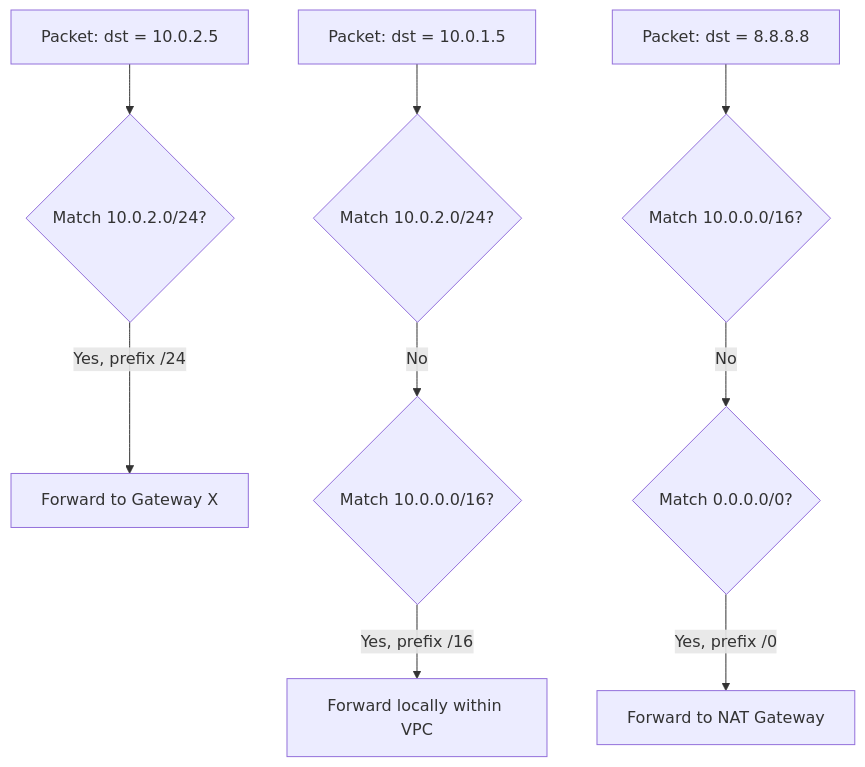
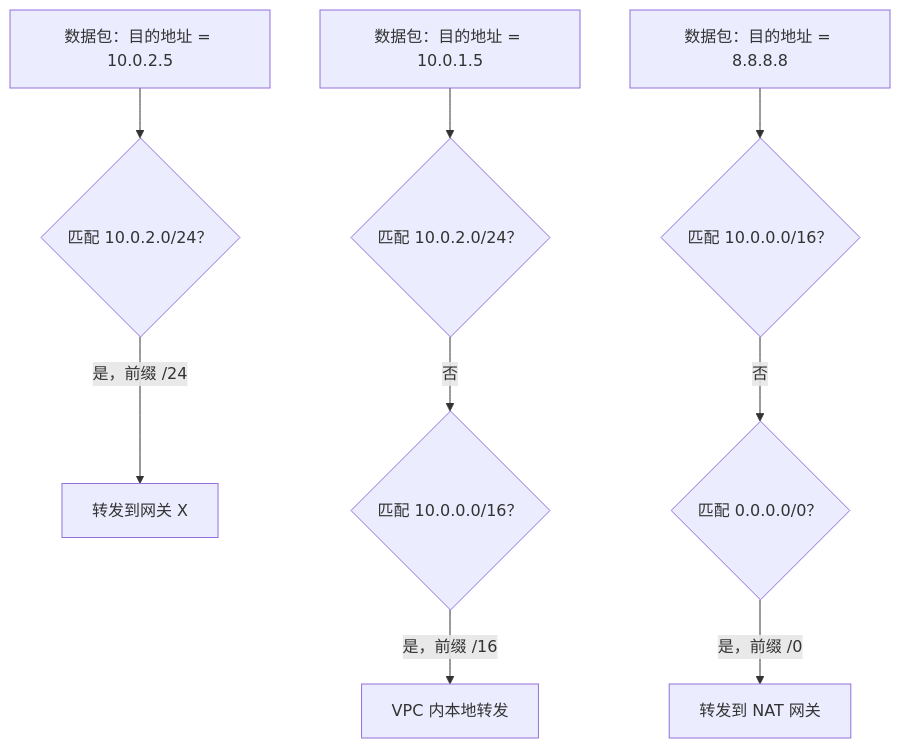
The second of 4 diagrams in docs/07.VPC是什么从网络技术到云产品.md (caozhiyi/network-book), drawn with Mermaid before and after one commit. The commit also changed other lines of this file and 77 other files, not shown here.

````diff
--- a/docs/07.VPC是什么从网络技术到云产品.md
+++ b/docs/07.VPC是什么从网络技术到云产品.md
@@ -89,13 +87,13 @@
 ```mermaid
 flowchart TD
-    A[Packet: dst = 10.0.2.5] --> B{Match 10.0.2.0/24?}
-    B -->|Yes, prefix /24| C[Forward to Gateway X]
+    A[数据包：目的地址 = 10.0.2.5] --> B{匹配 10.0.2.0/24？}
+    B -->|是，前缀 /24| C[转发到网关 X]
     
-    D[Packet: dst = 10.0.1.5] --> E{Match 10.0.2.0/24?}
-    E -->|No| F{Match 10.0.0.0/16?}
-    F -->|Yes, prefix /16| G[Forward locally within VPC]
+    D[数据包：目的地址 = 10.0.1.5] --> E{匹配 10.0.2.0/24？}
+    E -->|否| F{匹配 10.0.0.0/16？}
+    F -->|是，前缀 /16| G[VPC 内本地转发]
     
-    H[Packet: dst = 8.8.8.8] --> I{Match 10.0.0.0/16?}
-    I -->|No| J{Match 0.0.0.0/0?}
-    J -->|Yes, prefix /0| K[Forward to NAT Gateway]
+    H[数据包：目的地址 = 8.8.8.8] --> I{匹配 10.0.0.0/16？}
+    I -->|否| J{匹配 0.0.0.0/0？}
+    J -->|是，前缀 /0| K[转发到 NAT 网关]
 ```
````
